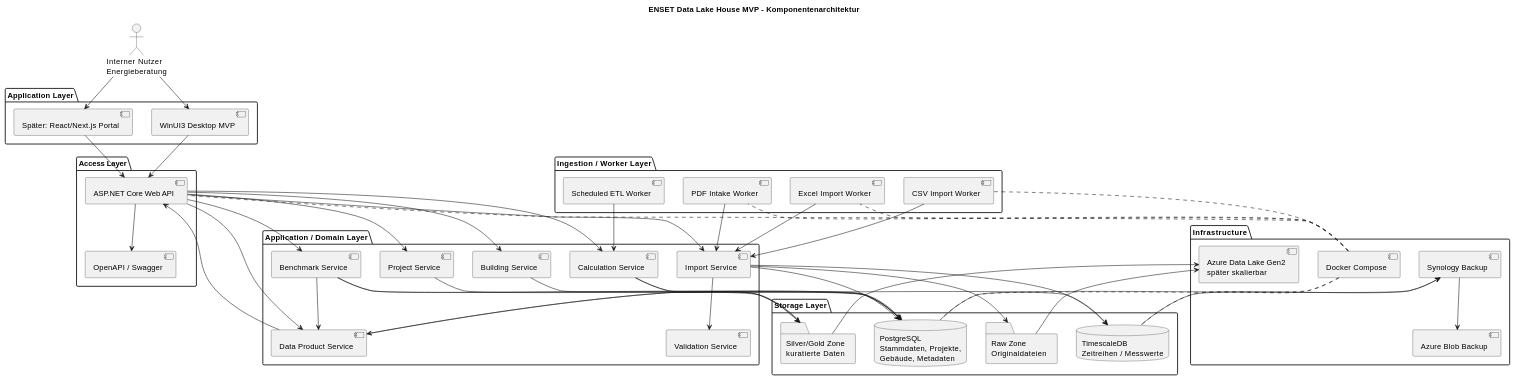
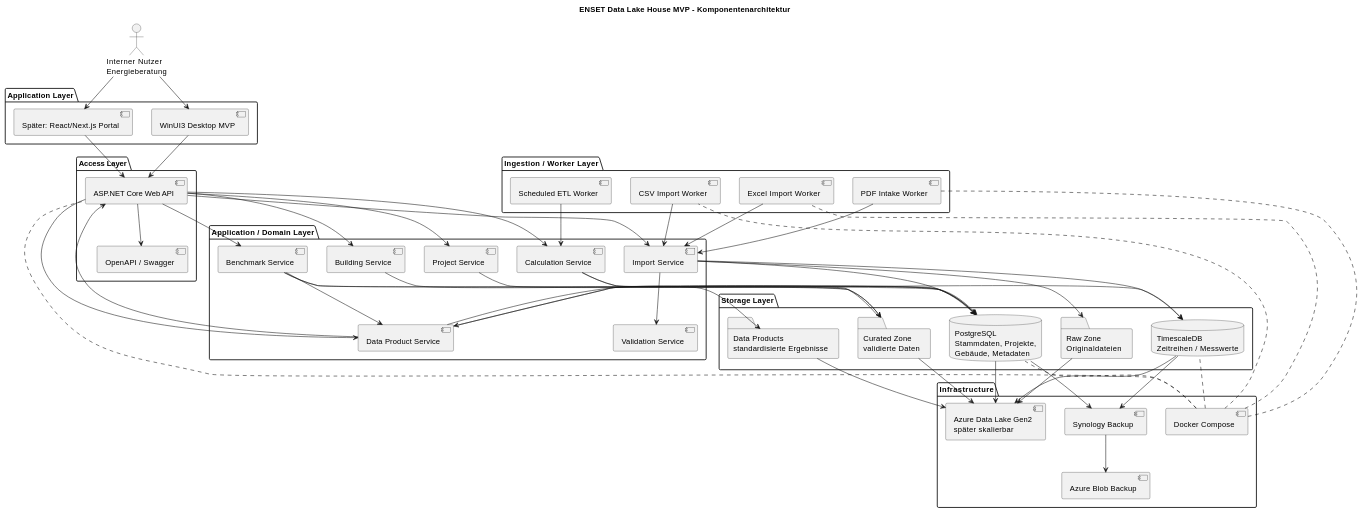
Before and after one commit to SimonSteinschaden/Data-Lake-House: the first of 3 diagrams in docs/01_Architecture.md, drawn with PlantUML. The commit also changed other lines of this file, not shown here.

```diff
--- a/docs/01_Architecture.md
+++ b/docs/01_Architecture.md
@@ -49,7 +49,8 @@
   database "PostgreSQL\nStammdaten, Projekte,\nGebäude, Metadaten" as PostgreSQL
   database "TimescaleDB\nZeitreihen / Messwerte" as Timescale
   folder "Raw Zone\nOriginaldateien" as Raw
-  folder "Silver/Gold Zone\nkuratierte Daten" as Curated
+  folder "Curated Zone\nvalidierte Daten" as Curated
+  folder "Data Products\nstandardisierte Ergebnisse" as Products
 }
 
 package "Infrastructure" {
@@ -96,10 +97,14 @@
 BenchmarkService --> DataProductService
 
 DataProductService --> PostgreSQL
+DataProductService --> Products
 DataProductService --> API
 
 Raw --> AzureLake
 Curated --> AzureLake
+Products --> AzureLake
+PostgreSQL --> AzureLake
+Timescale --> AzureLake
 
 PostgreSQL --> Synology
 Timescale --> Synology
```
